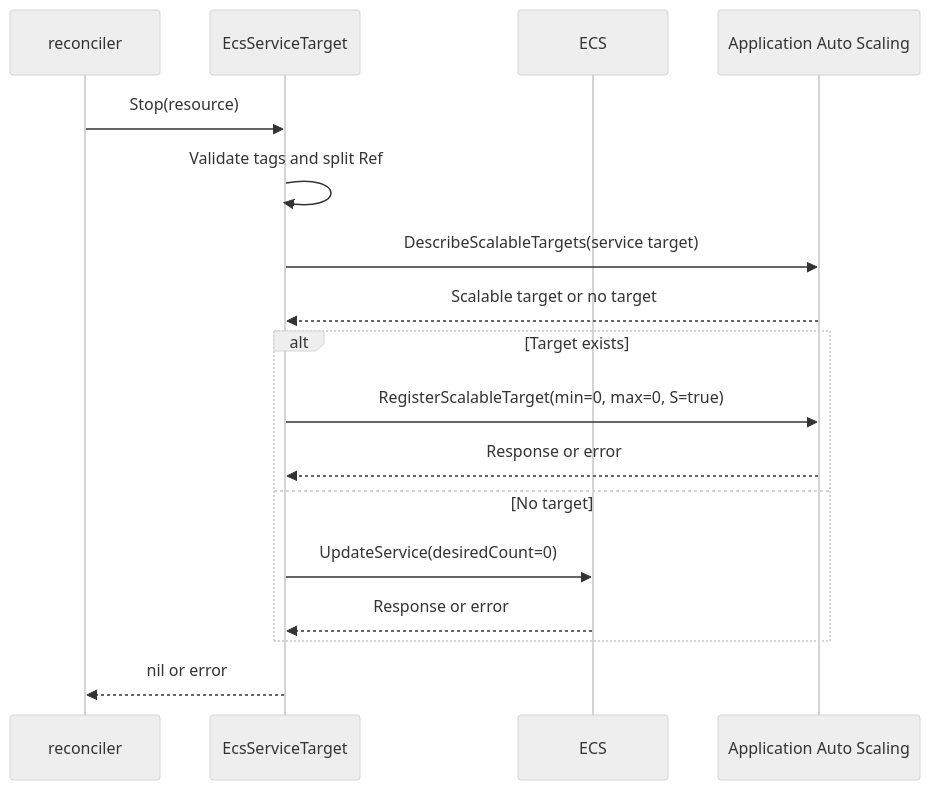
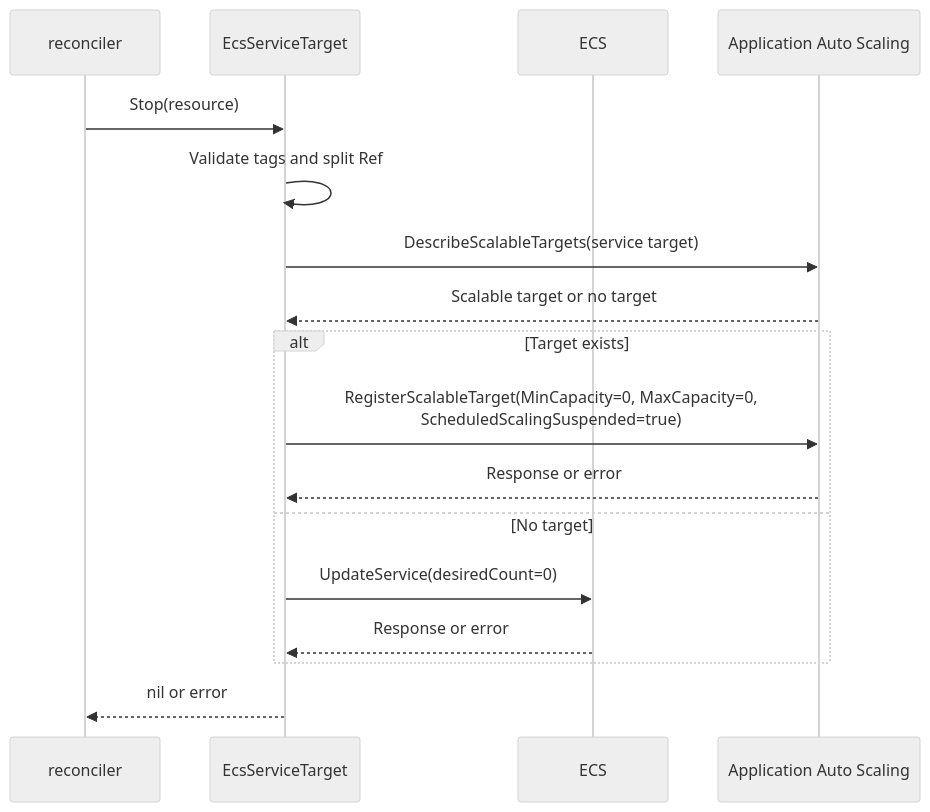
Before and after one commit to moepig/cheapskate: the sixth of 9 diagrams in docs/en/development/resource_sequence.md, drawn with Mermaid (neutral theme). The commit also changed other lines of this file and 63 other files, not shown here.

````diff
--- a/docs/en/development/resource_sequence.md
+++ b/docs/en/development/resource_sequence.md
@@ -237,19 +230,19 @@
 ```mermaid
 sequenceDiagram
-    participant R as reconciler
-    participant A as EcsServiceTarget
-    participant E as ECS
-    participant S as Application Auto Scaling
-    R->>A: Stop(resource)
-    A->>A: Validate tags and split Ref
-    A->>S: DescribeScalableTargets(service target)
-    S-->>A: Scalable target or no target
+    participant Reconciler as reconciler
+    participant Adapter as EcsServiceTarget
+    participant EcsAPI as ECS
+    participant AutoScaling as Application Auto Scaling
+    Reconciler->>Adapter: Stop(resource)
+    Adapter->>Adapter: Validate tags and split Ref
+    Adapter->>AutoScaling: DescribeScalableTargets(service target)
+    AutoScaling-->>Adapter: Scalable target or no target
     alt Target exists
-        A->>S: RegisterScalableTarget(min=0, max=0, S=true)
-        S-->>A: Response or error
+        Adapter->>AutoScaling: RegisterScalableTarget(MinCapacity=0, MaxCapacity=0,<br/>ScheduledScalingSuspended=true)
+        AutoScaling-->>Adapter: Response or error
     else No target
-        A->>E: UpdateService(desiredCount=0)
-        E-->>A: Response or error
+        Adapter->>EcsAPI: UpdateService(desiredCount=0)
+        EcsAPI-->>Adapter: Response or error
     end
-    A-->>R: nil or error
+    Adapter-->>Reconciler: nil or error
 ```
````
